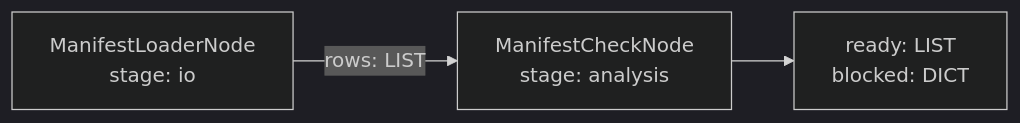
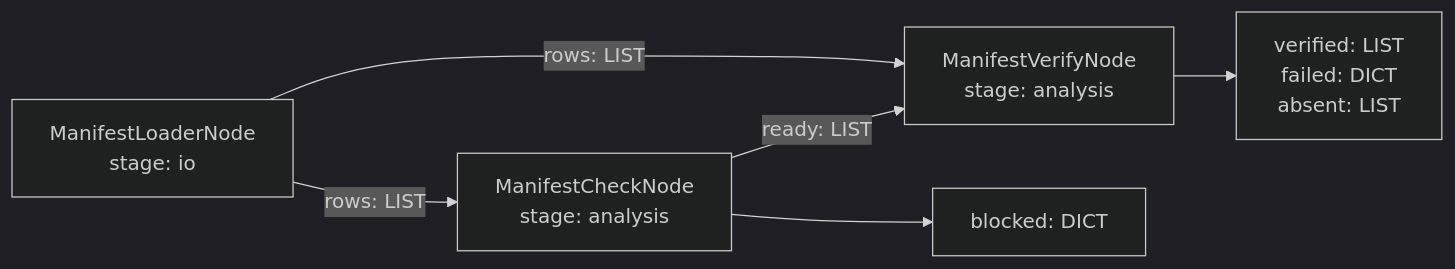
The first of 3 diagrams in zebrafish-brain-fm/NEURO-WORKFLOW-PLAN.md (Kays3/geneformer-vs-brainiac), drawn with Mermaid (dark theme) before and after one commit. The commit also changed other lines of this file and 9 other files, not shown here.

````diff
--- a/zebrafish-brain-fm/NEURO-WORKFLOW-PLAN.md
+++ b/zebrafish-brain-fm/NEURO-WORKFLOW-PLAN.md
@@ -13,5 +13,8 @@
 ```mermaid
 flowchart LR
     M["ManifestLoaderNode<br/>stage: io"] -->|"rows: LIST"| C["ManifestCheckNode<br/>stage: analysis"]
-    C --> O["ready: LIST<br/>blocked: DICT"]
+    M -->|"rows: LIST"| V["ManifestVerifyNode<br/>stage: analysis"]
+    C -->|"ready: LIST"| V
+    C --> O1["blocked: DICT"]
+    V --> O2["verified: LIST<br/>failed: DICT<br/>absent: LIST"]
 ```
````
